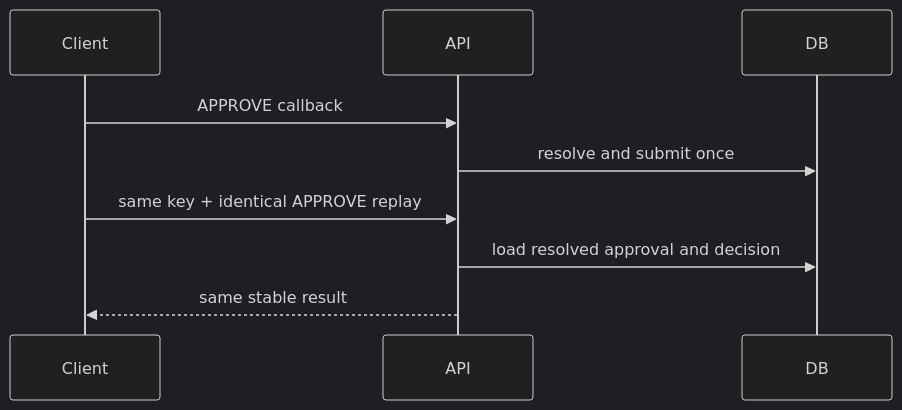
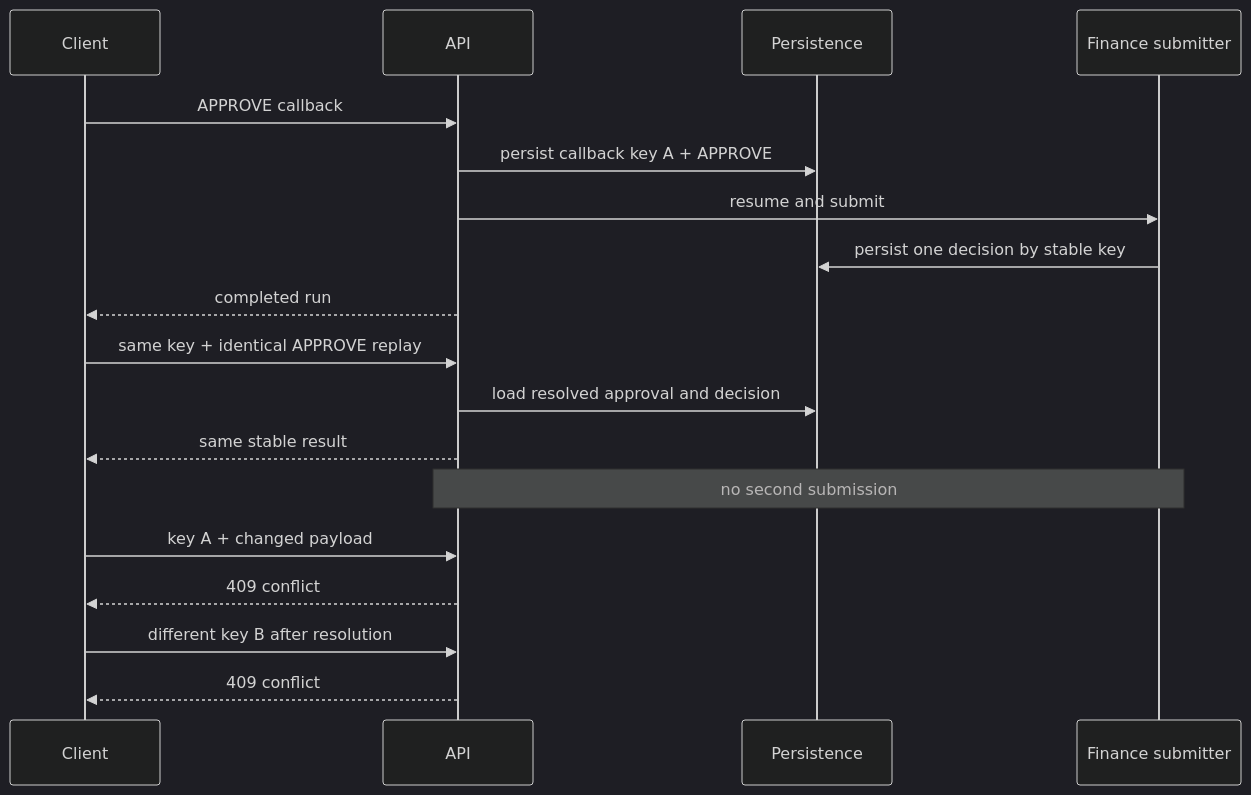
The third of 3 diagrams in docs/workflow.md (anthony-au1/fpa), drawn with Mermaid (dark theme) before and after one commit. The commit also changed other lines of this file and 29 other files, not shown here.

````diff
--- a/docs/workflow.md
+++ b/docs/workflow.md
@@ -56,8 +73,20 @@
 ```mermaid
 sequenceDiagram
+    participant Client
+    participant API
+    participant DB as Persistence
+    participant Submitter as Finance submitter
     Client->>API: APPROVE callback
-    API->>DB: resolve and submit once
+    API->>DB: persist callback key A + APPROVE
+    API->>Submitter: resume and submit
+    Submitter->>DB: persist one decision by stable key
+    API-->>Client: completed run
     Client->>API: same key + identical APPROVE replay
     API->>DB: load resolved approval and decision
     API-->>Client: same stable result
+    Note over API,Submitter: no second submission
+    Client->>API: key A + changed payload
+    API-->>Client: 409 conflict
+    Client->>API: different key B after resolution
+    API-->>Client: 409 conflict
 ```
````
